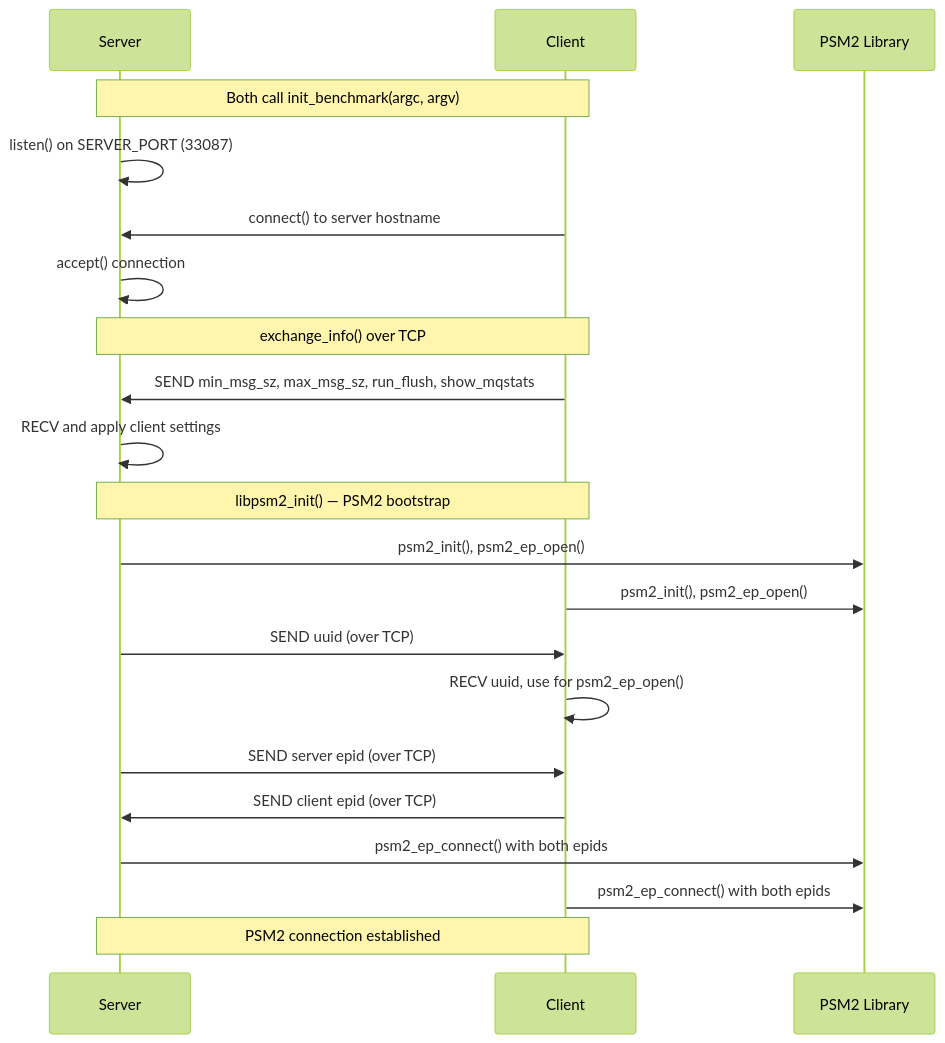
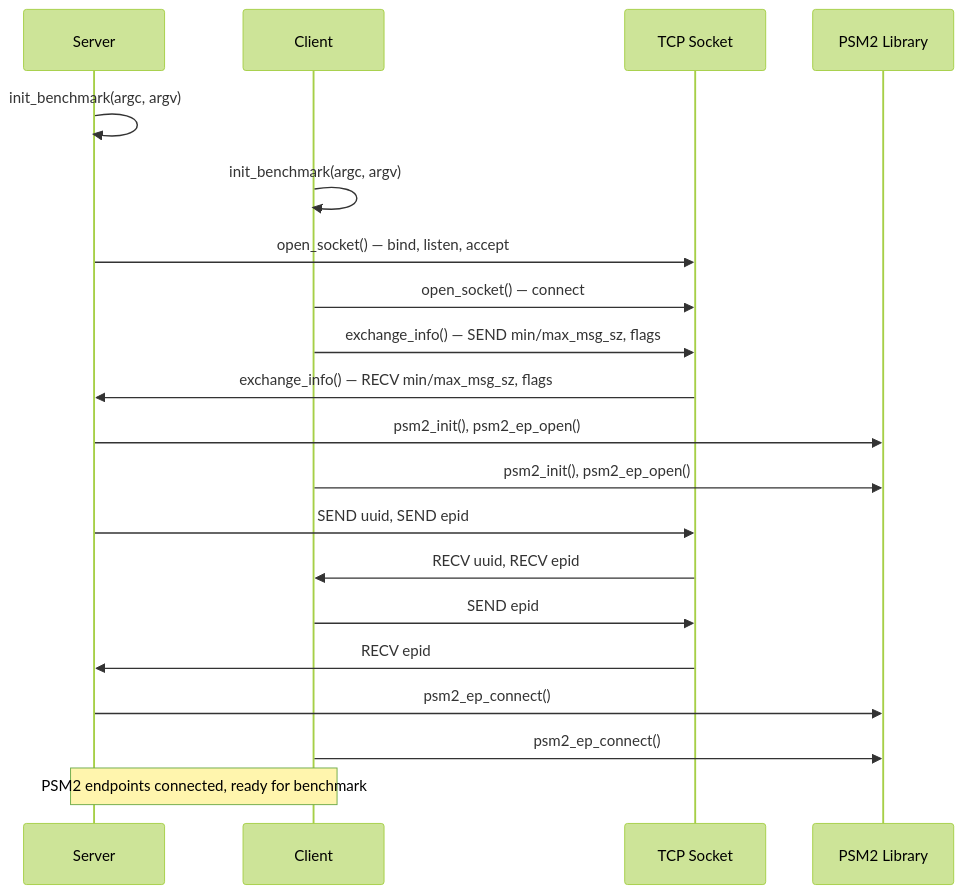
One commit to cornelisnetworks/opa-psm2-tests changed the second of 4 diagrams in docs/opa-psm2-tests.md. Above: the diagram before and after it, drawn with Mermaid (forest theme). The commit also changed other lines of this file, not shown here.

````diff
--- a/docs/opa-psm2-tests.md
+++ b/docs/opa-psm2-tests.md
@@ -51,26 +52,29 @@
 ```mermaid
 sequenceDiagram
     participant Server
     participant Client
+    participant TCP as TCP Socket
     participant PSM2 as PSM2 Library
 
-    Note over Server,Client: Both call init_benchmark(argc, argv)
-    Server->>Server: listen() on SERVER_PORT (33087)
-    Client->>Server: connect() to server hostname
-    Server->>Server: accept() connection
+    Server->>Server: init_benchmark(argc, argv)
+    Client->>Client: init_benchmark(argc, argv)
 
-    Note over Server,Client: exchange_info() over TCP
-    Client->>Server: SEND min_msg_sz, max_msg_sz, run_flush, show_mqstats
-    Server->>Server: RECV and apply client settings
+    Server->>TCP: open_socket() — bind, listen, accept
+    Client->>TCP: open_socket() — connect
 
-    Note over Server,Client: libpsm2_init() — PSM2 bootstrap
+    Client->>TCP: exchange_info() — SEND min/max_msg_sz, flags
+    TCP->>Server: exchange_info() — RECV min/max_msg_sz, flags
+
     Server->>PSM2: psm2_init(), psm2_ep_open()
     Client->>PSM2: psm2_init(), psm2_ep_open()
-    Server->>Client: SEND uuid (over TCP)
-    Client->>Client: RECV uuid, use for psm2_ep_open()
-    Server->>Client: SEND server epid (over TCP)
-    Client->>Server: SEND client epid (over TCP)
-    Server->>PSM2: psm2_ep_connect() with both epids
-    Client->>PSM2: psm2_ep_connect() with both epids
-    Note over Server,Client: PSM2 connection established
+
+    Server->>TCP: SEND uuid, SEND epid
+    TCP->>Client: RECV uuid, RECV epid
+    Client->>TCP: SEND epid
+    TCP->>Server: RECV epid
+
+    Server->>PSM2: psm2_ep_connect()
+    Client->>PSM2: psm2_ep_connect()
+
+    Note over Server,Client: PSM2 endpoints connected, ready for benchmark
 ```
````
